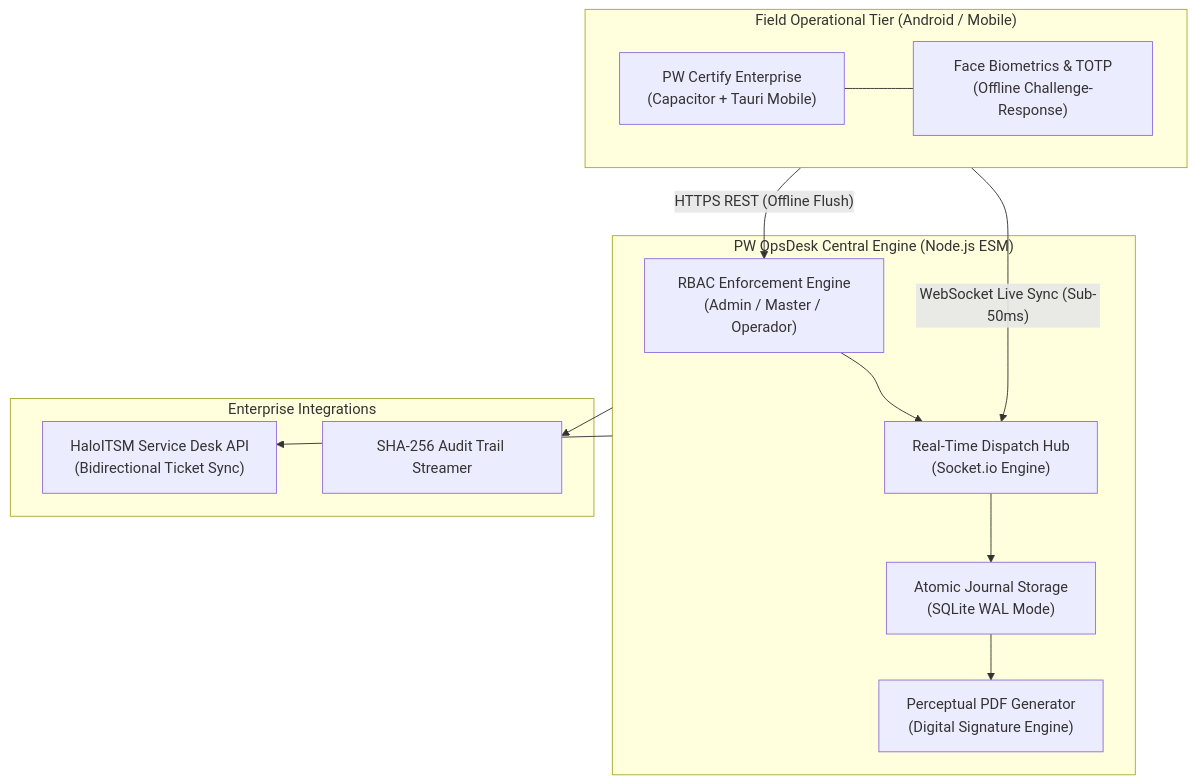
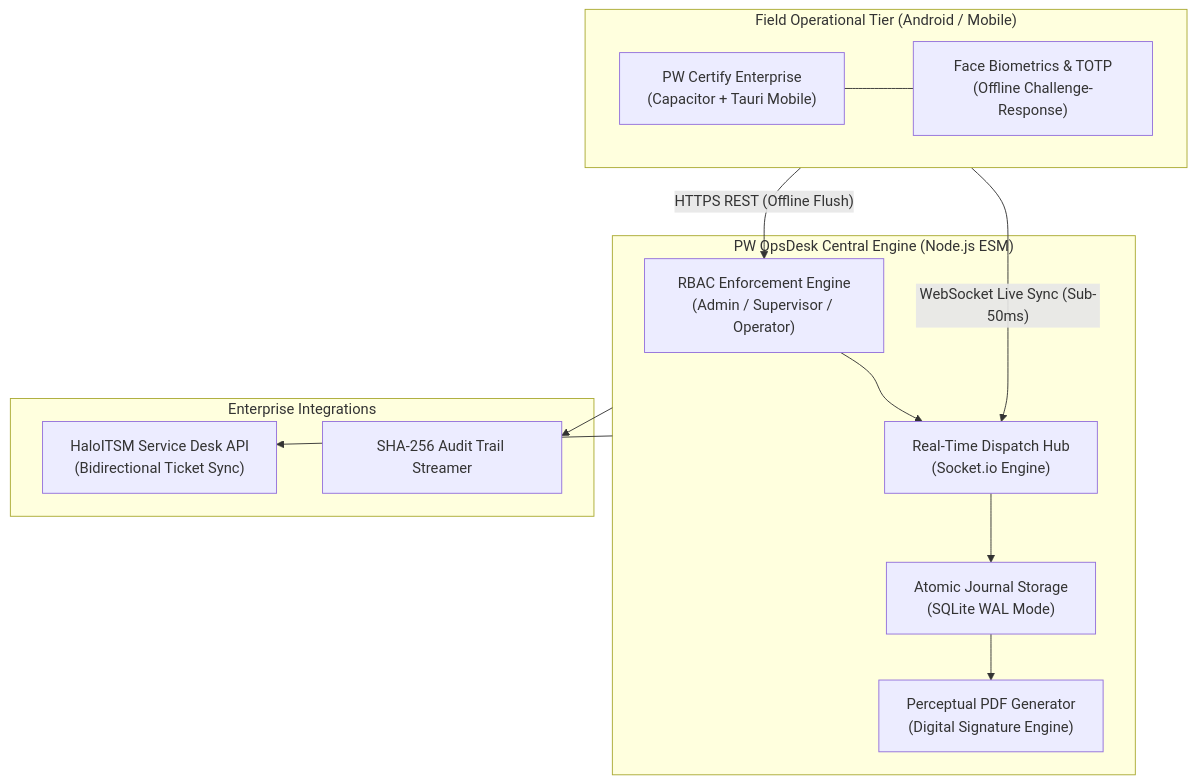
One commit to welzim19-star/pw-opsdesk-showcase changed the diagram in README.md. Above: the diagram before and after it, drawn with Mermaid. The commit also changed other lines of this file and 1 other file, not shown here.

Commit message:
docs: establish strict bilingual READMEs (EN/PT-BR) and refine enterprise RBAC terminology

````diff
--- a/README.md
+++ b/README.md
@@ -19,29 +23,29 @@
 ```mermaid
 flowchart TD
     subgraph FIELD_CLIENTS["Field Operational Tier (Android / Mobile)"]
         Inspector["PW Certify Enterprise\n(Capacitor + Tauri Mobile)"]
         Biometrics["Face Biometrics & TOTP\n(Offline Challenge-Response)"]
         Inspector --- Biometrics
     end
 
     subgraph CORE_SERVER["PW OpsDesk Central Engine (Node.js ESM)"]
-        Auth["RBAC Enforcement Engine\n(Admin / Master / Operador)"]
+        Auth["RBAC Enforcement Engine\n(Admin / Supervisor / Operator)"]
         SocketHub["Real-Time Dispatch Hub\n(Socket.io Engine)"]
         Storage["Atomic Journal Storage\n(SQLite WAL Mode)"]
         PDF["Perceptual PDF Generator\n(Digital Signature Engine)"]
         
         Auth --> SocketHub
         SocketHub --> Storage
         Storage --> PDF
     end
 
     subgraph EXTERNAL["Enterprise Integrations"]
         HaloITSM["HaloITSM Service Desk API\n(Bidirectional Ticket Sync)"]
         AuditStream["SHA-256 Audit Trail Streamer"]
     end
 
     FIELD_CLIENTS -- "WebSocket Live Sync (Sub-50ms)" --> SocketHub
     FIELD_CLIENTS -- "HTTPS REST (Offline Flush)" --> Auth
     CORE_SERVER --> HaloITSM
     CORE_SERVER --> AuditStream
 ```
````
